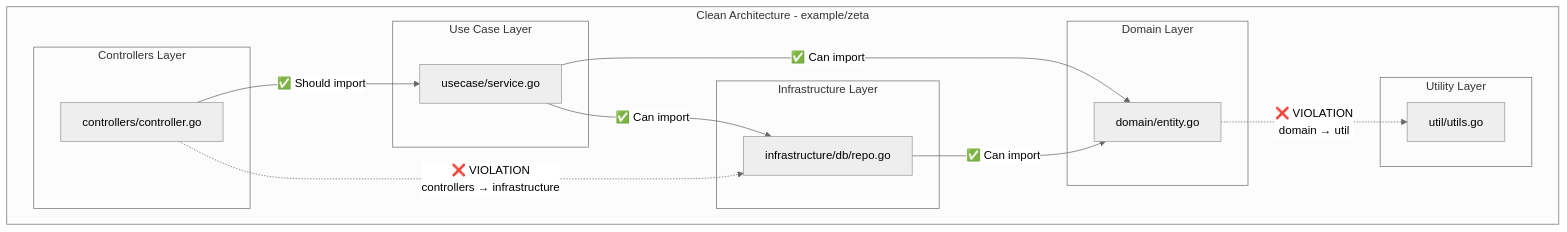
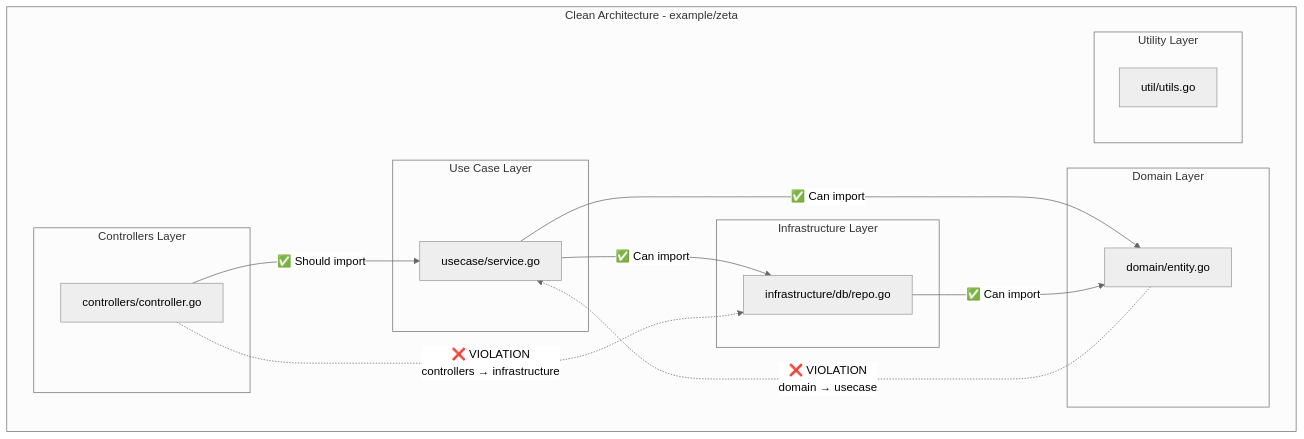
One commit to TheFellow/arch-lint changed the diagram in example/zeta/readme.md. Above: the diagram before and after it, drawn with Mermaid (neutral theme). The commit also changed other lines of this file, not shown here.

Commit message:
Fix zeta README to reflect domain -> usecase violation and bump to v0.0.13
The entity.go example was corrected to import usecase instead of util
in the previous commit; update the README diagram and description to match.

````diff
--- a/example/zeta/readme.md
+++ b/example/zeta/readme.md
@@ -19,37 +19,37 @@
 ```mermaid
 graph TD
 %% Clean Architecture Layers
     subgraph "Clean Architecture - example/zeta"
         subgraph "Controllers Layer"
             C[controllers/controller.go]
         end
 
         subgraph "Use Case Layer"
             UC[usecase/service.go]
         end
 
         subgraph "Domain Layer"
             D[domain/entity.go]
         end
 
         subgraph "Infrastructure Layer"
             I[infrastructure/db/repo.go]
         end
 
         subgraph "Utility Layer"
             U[util/utils.go]
         end
     end
 
 %% Correct Clean Architecture Flow
     C -->|✅ Should import| UC
     UC -->|✅ Can import| D
     UC -->|✅ Can import| I
     I -->|✅ Can import| D
 
 %% Current Violations (what arch-lint catches)
     C -.->|❌ VIOLATION<br/>controllers → infrastructure| I
-    D -.->|❌ VIOLATION<br/>domain → util| U
+    D -.->|❌ VIOLATION<br/>domain → usecase| UC
 
 
 ```
````
